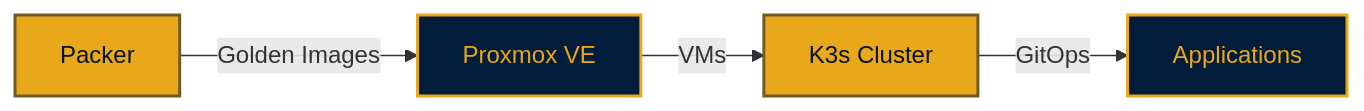
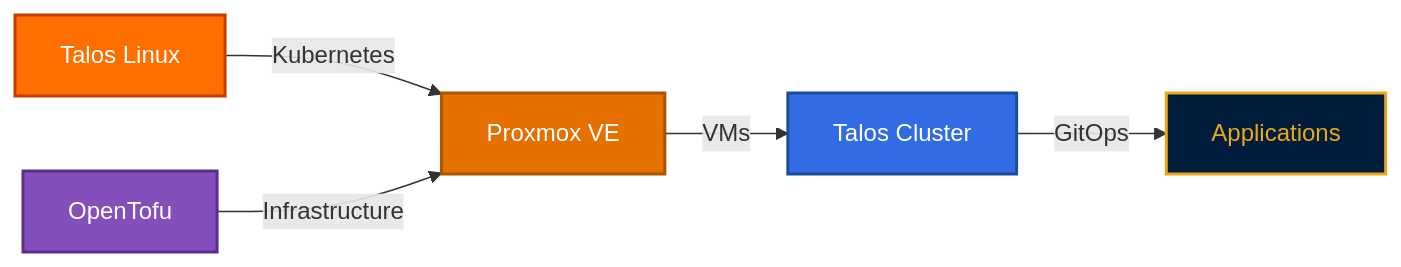
Before and after one commit to Cwagne17/homelab: the diagram in docs/index.md, drawn with Mermaid. The commit also changed other lines of this file and 23 other files, not shown here.

````diff
--- a/docs/index.md
+++ b/docs/index.md
@@ -13,11 +13,13 @@
 ```mermaid
 graph LR
-    Packer[Packer] -->|Golden Images| Proxmox[Proxmox VE]
-    Proxmox -->|VMs| K3s[K3s Cluster]
-    K3s -->|GitOps| Apps[Applications]
+    Talos[Talos Linux] -->|Kubernetes| Proxmox[Proxmox VE]
+    OpenTofu[OpenTofu] -->|Infrastructure| Proxmox
+    Proxmox -->|VMs| Cluster[Talos Cluster]
+    Cluster -->|GitOps| Apps[Applications]
 
-    style Packer fill:#E9A819,stroke:#6E5B28,stroke-width:2px,color:#071324
-    style Proxmox fill:#021C3C,stroke:#E9A819,stroke-width:2px,color:#E9A819
-    style K3s fill:#E9A819,stroke:#6E5B28,stroke-width:2px,color:#071324
+    style Talos fill:#FF6F00,stroke:#C43E00,stroke-width:2px,color:#FFFFFF
+    style OpenTofu fill:#844FBA,stroke:#5C2D91,stroke-width:2px,color:#FFFFFF
+    style Proxmox fill:#E57000,stroke:#AA5500,stroke-width:2px,color:#FFFFFF
+    style Cluster fill:#326CE5,stroke:#1A4D99,stroke-width:2px,color:#FFFFFF
     style Apps fill:#021C3C,stroke:#E9A819,stroke-width:2px,color:#E9A819
 ```
````
